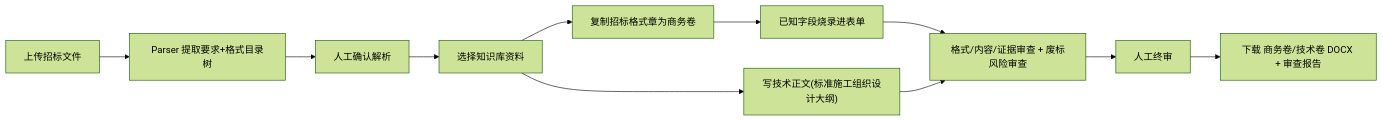
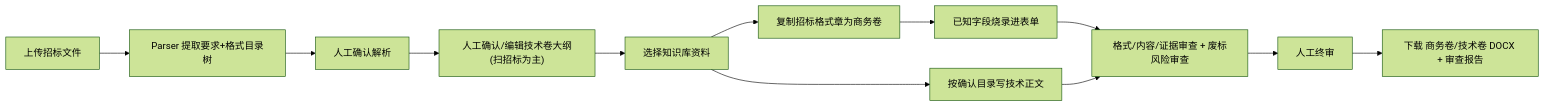
The diagram in minitasks.md (fakelilway/TenderDoc-Generator), drawn with Mermaid (forest theme) before and after one commit. The commit also changed other lines of this file, not shown here.

````diff
--- a/minitasks.md
+++ b/minitasks.md
@@ -11,13 +11,14 @@
 ```mermaid
 flowchart LR
     A["上传招标文件"] --> B["Parser 提取要求+格式目录树"]
     B --> C["人工确认解析"]
-    C --> D["选择知识库资料"]
+    C --> C2["人工确认/编辑技术卷大纲(扫招标为主)"]
+    C2 --> D["选择知识库资料"]
     D --> E["复制招标格式章为商务卷"]
     E --> F["已知字段烧录进表单"]
-    D --> G["写技术正文(标准施工组织设计大纲)"]
+    D --> G["按确认目录写技术正文"]
     F --> H["格式/内容/证据审查 + 废标风险审查"]
     G --> H
     H --> I["人工终审"]
     I --> J["下载 商务卷/技术卷 DOCX + 审查报告"]
 ```
````
